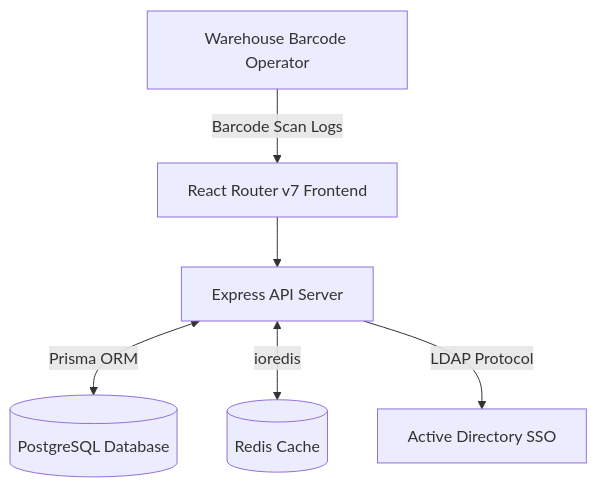
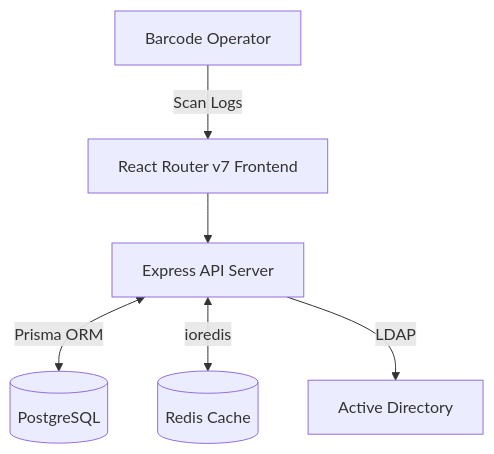
One commit to Ham144/Ham144 changed the fifth of 6 diagrams in README.md. Above: the diagram before and after it, drawn with Mermaid. The commit also changed other lines of this file and 14 other files, not shown here.

````diff
--- a/README.md
+++ b/README.md
@@ -205,8 +234,8 @@
 ```mermaid
 graph TD
-    Scanner[Warehouse Barcode Operator] -->|Barcode Scan Logs| App[React Router v7 Frontend]
+    Scanner[Barcode Operator] -->|Scan Logs| App[React Router v7 Frontend]
     App --> Gateway[Express API Server]
-    Gateway <-->|Prisma ORM| DB[(PostgreSQL Database)]
+    Gateway <-->|Prisma ORM| DB[(PostgreSQL)]
     Gateway <-->|ioredis| Redis[(Redis Cache)]
-    Gateway -->|LDAP Protocol| AD[Active Directory SSO]
+    Gateway -->|LDAP| AD[Active Directory]
 ```
````
